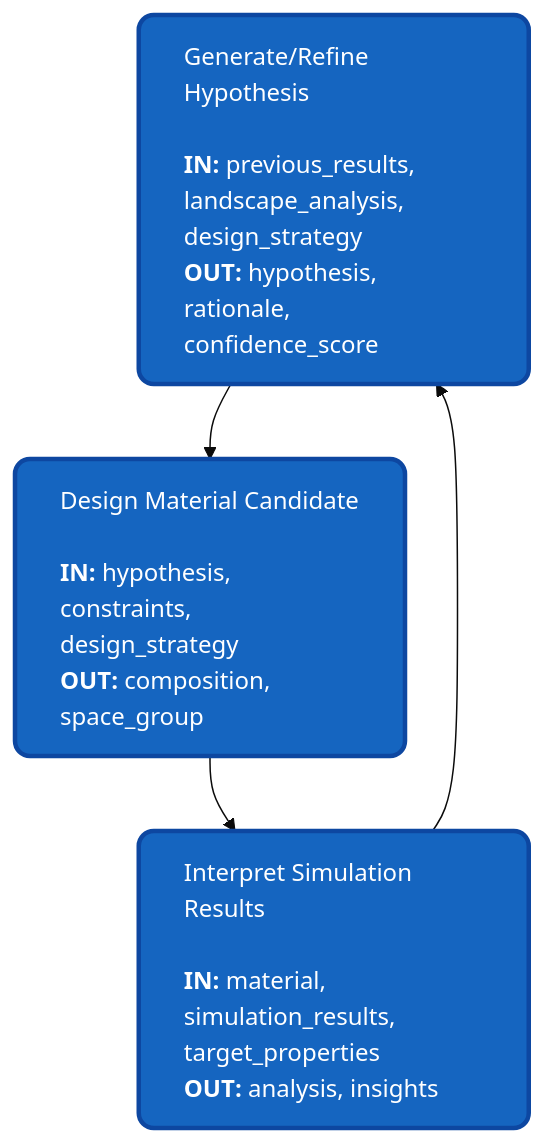
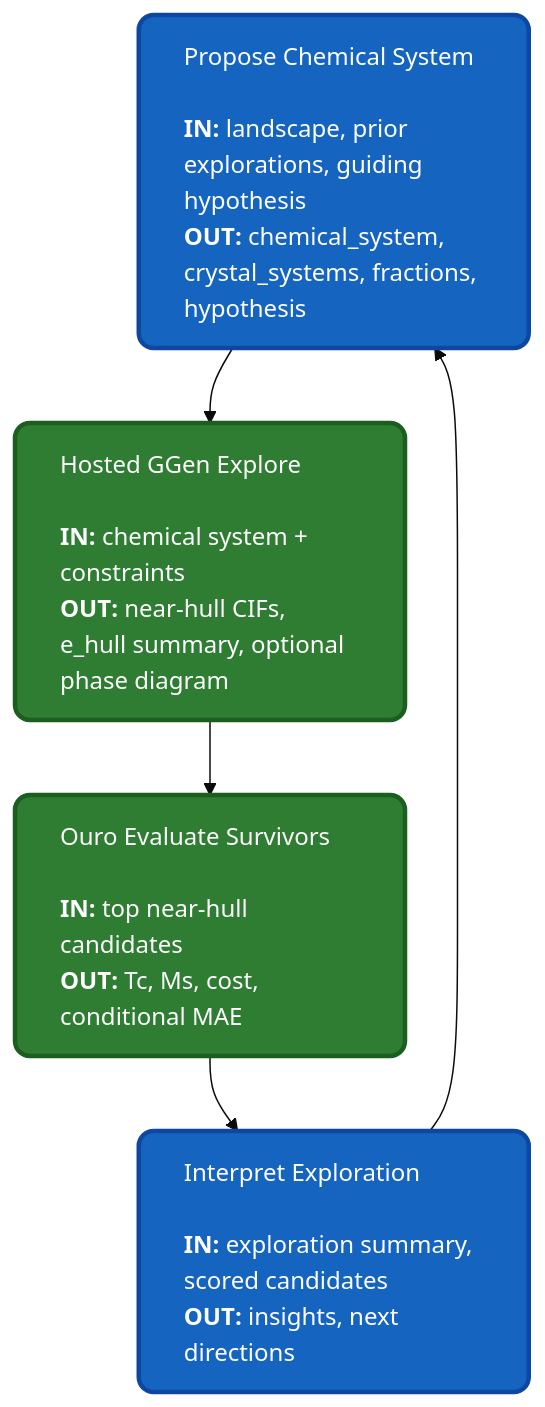
Before and after one commit to ourofoundation/scientist: the diagram in architecture.md, drawn with Mermaid (base theme). The commit also changed 22 other files, not shown here.

````diff
--- a/architecture.md
+++ b/architecture.md
@@ -1,19 +1,21 @@
 ```mermaid
 graph TB
-    %% DSPy Signatures with Input/Output
-    GH["<div style='text-align:left'>Generate/Refine Hypothesis<br/><br/><b>IN:</b> previous_results, landscape_analysis, design_strategy<br/><b>OUT:</b> hypothesis, rationale, confidence_score</div>"]
-    
-    DMC["<div style='text-align:left'>Design Material Candidate<br/><br/><b>IN:</b> hypothesis, constraints, design_strategy<br/><b>OUT:</b> composition, space_group</div>"]
-    
-    ISR["<div style='text-align:left'>Interpret Simulation Results<br/><br/><b>IN:</b> material, simulation_results, target_properties<br/><b>OUT:</b> analysis, insights</div>"]
-    
-    %% Flow in triangle
-    GH --> DMC
-    DMC --> ISR
-    ISR --> GH
-    
-    %% Styling with better contrast
+    PCS["<div style='text-align:left'>Propose Chemical System<br/><br/><b>IN:</b> landscape, prior explorations, guiding hypothesis<br/><b>OUT:</b> chemical_system, crystal_systems, fractions, hypothesis</div>"]
+
+    GGEN["<div style='text-align:left'>Hosted GGen Explore<br/><br/><b>IN:</b> chemical system + constraints<br/><b>OUT:</b> near-hull CIFs, e_hull summary, optional phase diagram</div>"]
+
+    EVAL["<div style='text-align:left'>Ouro Evaluate Survivors<br/><br/><b>IN:</b> top near-hull candidates<br/><b>OUT:</b> Tc, Ms, cost, conditional MAE</div>"]
+
+    IER["<div style='text-align:left'>Interpret Exploration<br/><br/><b>IN:</b> exploration summary, scored candidates<br/><b>OUT:</b> insights, next directions</div>"]
+
+    PCS --> GGEN
+    GGEN --> EVAL
+    EVAL --> IER
+    IER --> PCS
+
     classDef signature fill:#1565c0,stroke:#0d47a1,stroke-width:3px,rx:10,ry:10,color:#ffffff
-    
-    class GH,DMC,ISR signature
+    classDef compute fill:#2e7d32,stroke:#1b5e20,stroke-width:3px,rx:10,ry:10,color:#ffffff
+
+    class PCS,IER signature
+    class GGEN,EVAL compute
 ```
````
